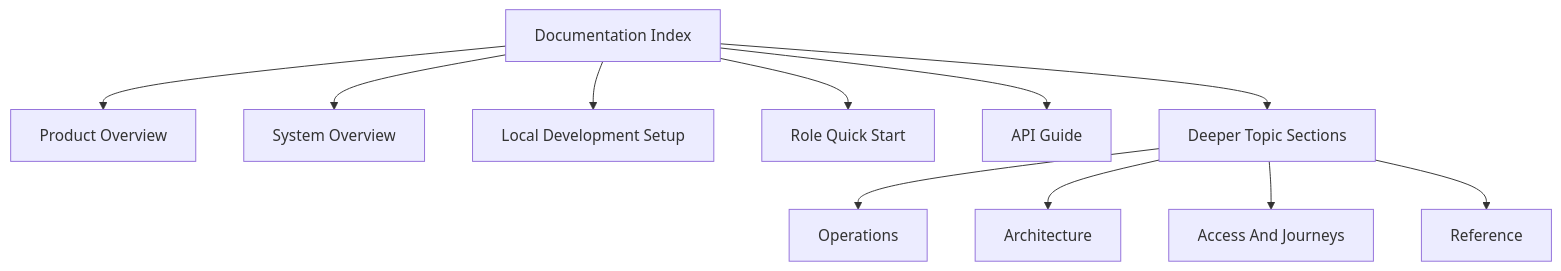
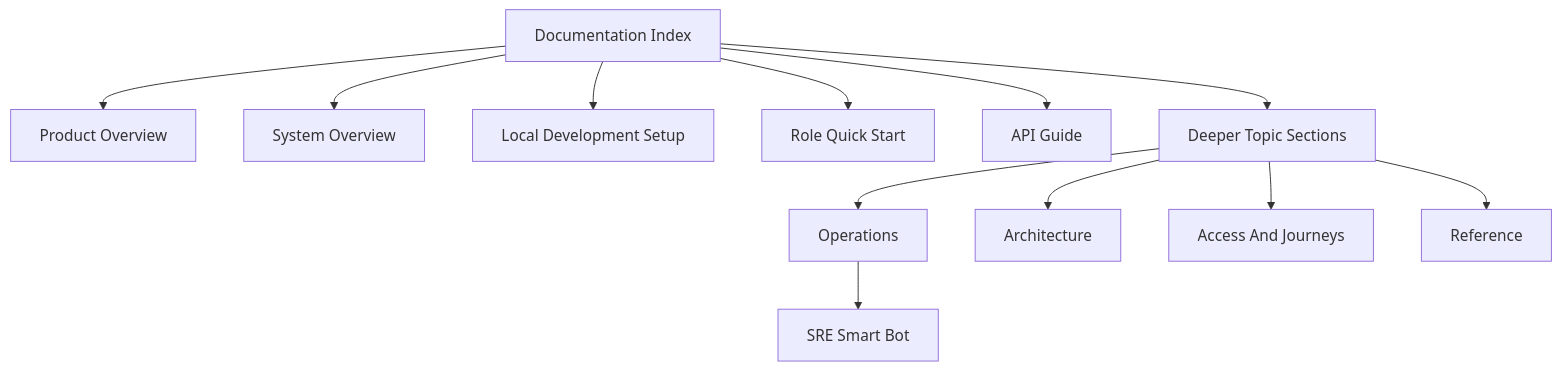
The diagram in docs/DOCUMENTATION_INDEX.md (imagefactoryoss/imagefactory), drawn with Mermaid before and after one commit. The commit also changed other lines of this file and 1 other file, not shown here.

Commit message:
docs: surface SRE smart bot in docs entrypoints

````diff
--- a/docs/DOCUMENTATION_INDEX.md
+++ b/docs/DOCUMENTATION_INDEX.md
@@ -15,13 +16,14 @@
 ```mermaid
 flowchart TD
     A[Documentation Index] --> B[Product Overview]
     A --> C[System Overview]
     A --> D[Local Development Setup]
     A --> E[Role Quick Start]
     A --> F[API Guide]
     A --> G[Deeper Topic Sections]
     G --> H[Operations]
+    H --> H1[SRE Smart Bot]
     G --> I[Architecture]
     G --> J[Access And Journeys]
     G --> K[Reference]
 ```
````
